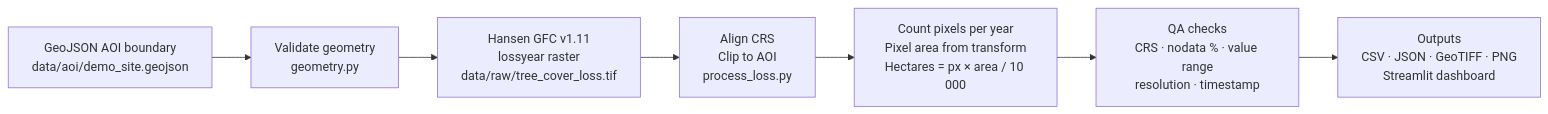
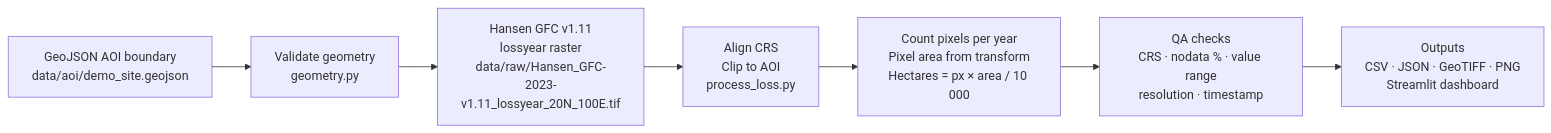
One commit to gaurav-619/forest-change-monitor changed the diagram in README.md. Above: the diagram before and after it, drawn with Mermaid. The commit also changed other lines of this file and 5 other files, not shown here.

````diff
--- a/README.md
+++ b/README.md
@@ -19,16 +19,16 @@
 ```mermaid
 flowchart LR
     A["GeoJSON AOI boundary<br/>data/aoi/demo_site.geojson"] --> B
 
     B["Validate geometry<br/>geometry.py"] --> C
 
-    C["Hansen GFC v1.11<br/>lossyear raster<br/>data/raw/tree_cover_loss.tif"] --> D
+    C["Hansen GFC v1.11<br/>lossyear raster<br/>data/raw/Hansen_GFC-2023-v1.11_lossyear_20N_100E.tif"] --> D
 
     D["Align CRS<br/>Clip to AOI<br/>process_loss.py"] --> E
 
     E["Count pixels per year<br/>Pixel area from transform<br/>Hectares = px × area / 10 000"] --> F
 
     F["QA checks<br/>CRS · nodata % · value range<br/>resolution · timestamp"] --> G
 
     G["Outputs<br/>CSV · JSON · GeoTIFF · PNG<br/>Streamlit dashboard"]
 ```
````
